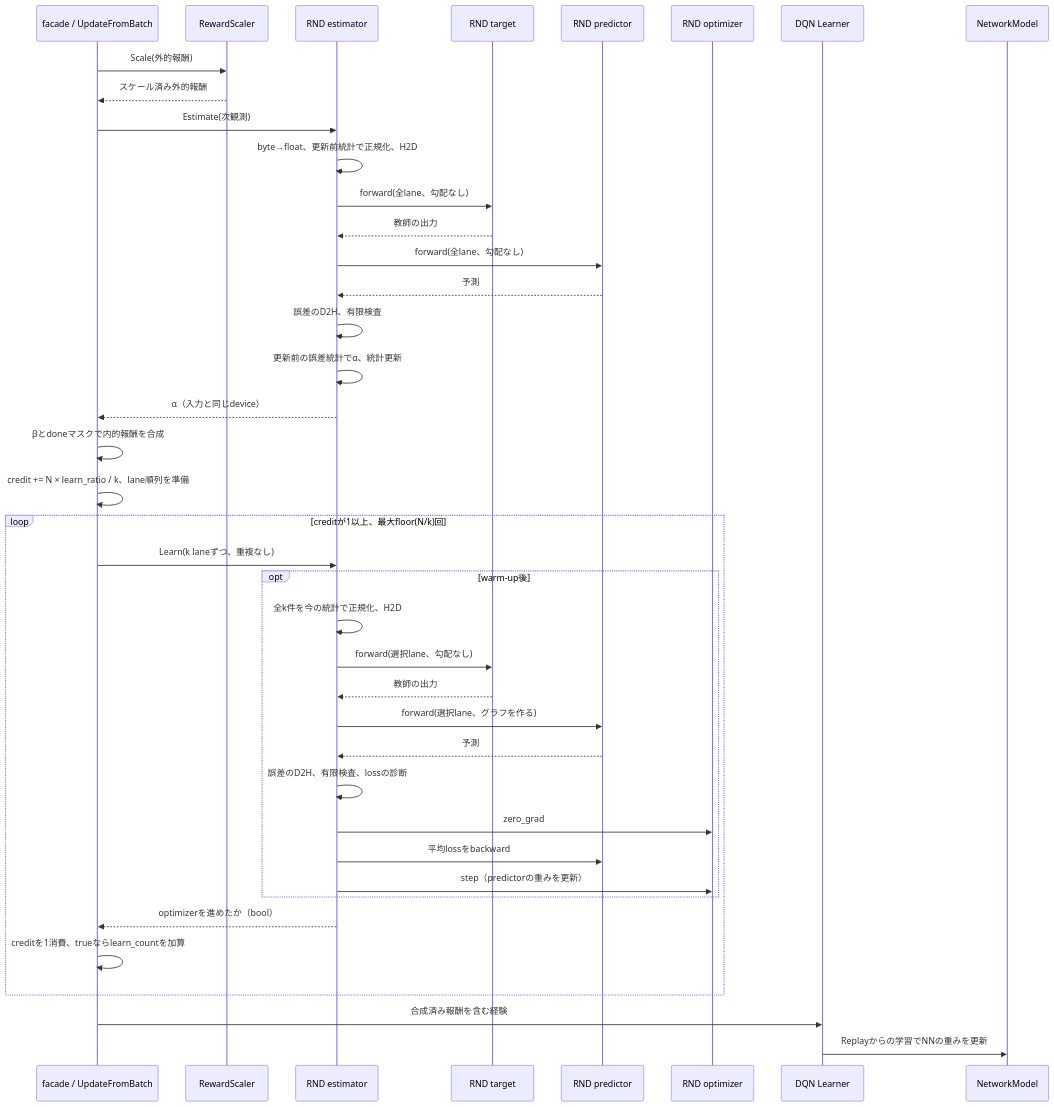
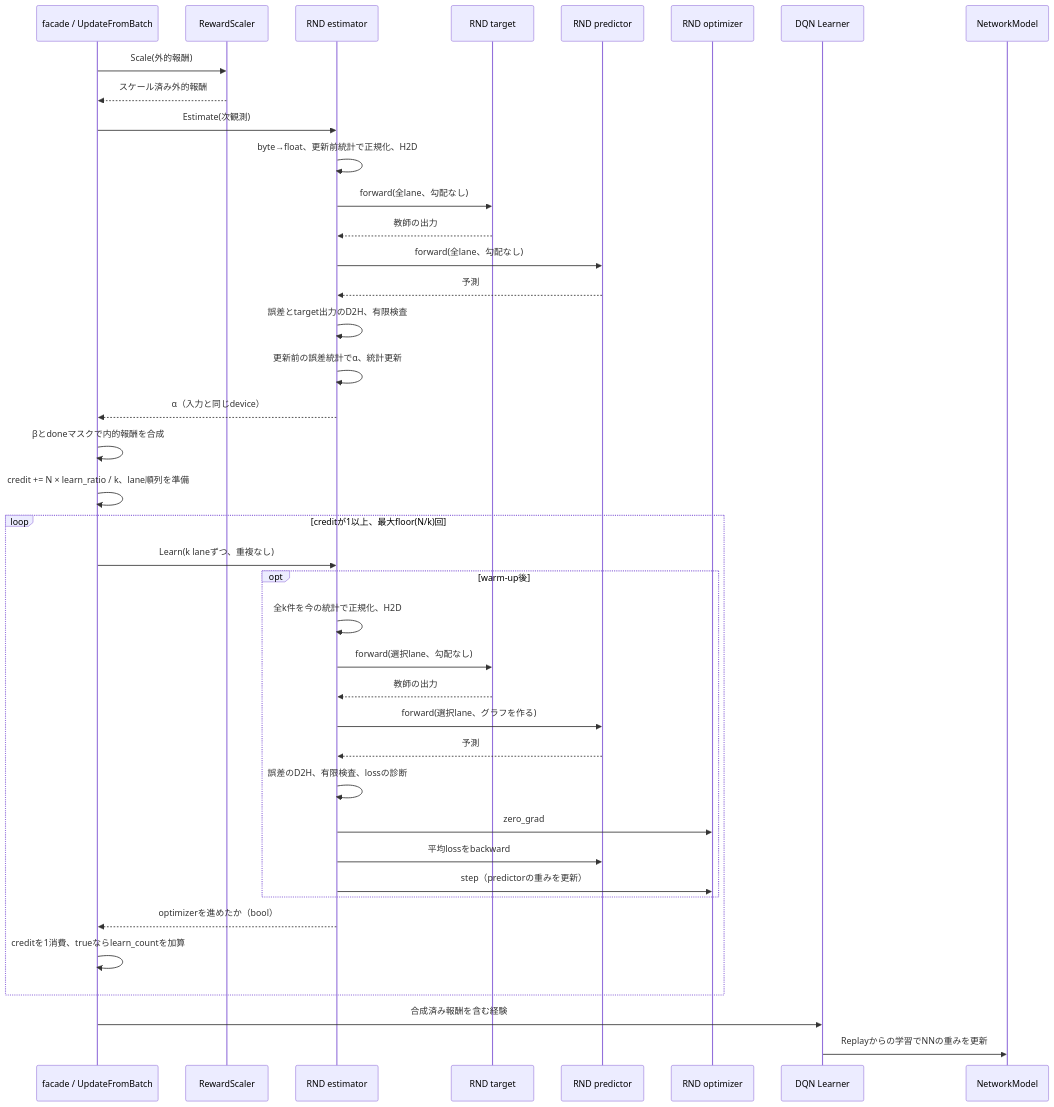
Before and after one commit to kazukin123/anet-lab: the second of 2 diagrams in docs/design/212_rnd_lifelong_novelty.jp.md, drawn with Mermaid. The commit also changed other lines of this file and 18 other files, not shown here.

````diff
--- a/docs/design/212_rnd_lifelong_novelty.jp.md
+++ b/docs/design/212_rnd_lifelong_novelty.jp.md
@@ -246,42 +270,42 @@
 ```mermaid
 sequenceDiagram
     participant F as facade / UpdateFromBatch
     participant S as RewardScaler
     participant R as RND estimator
     participant T as RND target
     participant P as RND predictor
     participant O as RND optimizer
     participant L as DQN Learner
     participant N as NetworkModel
     F->>S: Scale(外的報酬)
     S-->>F: スケール済み外的報酬
     F->>R: Estimate(次観測)
     R->>R: byte→float、更新前統計で正規化、H2D
     R->>T: forward(全lane、勾配なし)
     T-->>R: 教師の出力
     R->>P: forward(全lane、勾配なし)
     P-->>R: 予測
-    R->>R: 誤差のD2H、有限検査
+    R->>R: 誤差とtarget出力のD2H、有限検査
     R->>R: 更新前の誤差統計でα、統計更新
     R-->>F: α（入力と同じdevice）
     F->>F: βとdoneマスクで内的報酬を合成
     F->>F: credit += N × learn_ratio / k、lane順列を準備
     loop creditが1以上、最大floor(N/k)回
         F->>R: Learn(k laneずつ、重複なし)
         opt warm-up後
         R->>R: 全k件を今の統計で正規化、H2D
         R->>T: forward(選択lane、勾配なし)
         T-->>R: 教師の出力
         R->>P: forward(選択lane、グラフを作る)
         P-->>R: 予測
         R->>R: 誤差のD2H、有限検査、lossの診断
         R->>O: zero_grad
         R->>P: 平均lossをbackward
         R->>O: step（predictorの重みを更新）
         end
         R-->>F: optimizerを進めたか（bool）
         F->>F: creditを1消費、trueならlearn_countを加算
     end
     F->>L: 合成済み報酬を含む経験
     L->>N: Replayからの学習でNNの重みを更新
 ```
````
